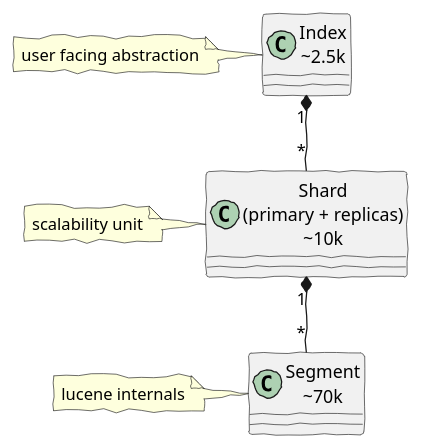
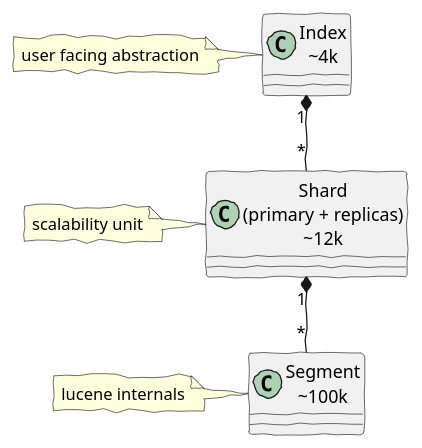
The diagram in plantuml/elasticsearch/elasticsearch-structure.puml (gehel/notes), drawn with PlantUML before and after one commit. The commit also changed 7 other files, not shown here.

```diff
--- a/plantuml/elasticsearch/elasticsearch-structure.puml
+++ b/plantuml/elasticsearch/elasticsearch-structure.puml
@@ -1,16 +1,16 @@
 @startuml
 skinparam handwritten true
 
-Class "Index\n~2.5k" as Index
+Class "Index\n~4k" as Index
 note left: user facing abstraction
 
-Class "Shard\n(primary + replicas)\n~10k" as Shard
+Class "Shard\n(primary + replicas)\n~12k" as Shard
 note left: scalability unit
 
-Class "Segment\n~70k" as Segment
+Class "Segment\n~100k" as Segment
 note left: lucene internals
 
 Index "1" *-- "*" Shard
 Shard "1" *-- "*" Segment
 
 @enduml
```
